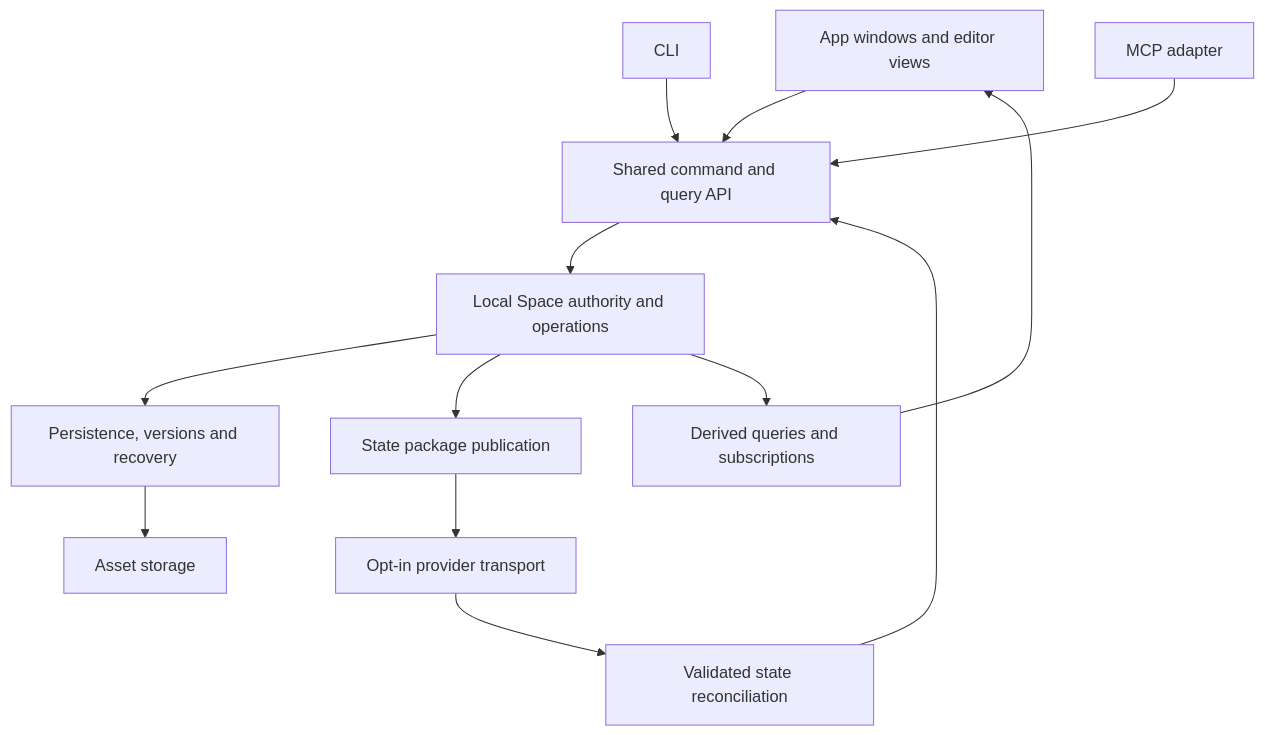
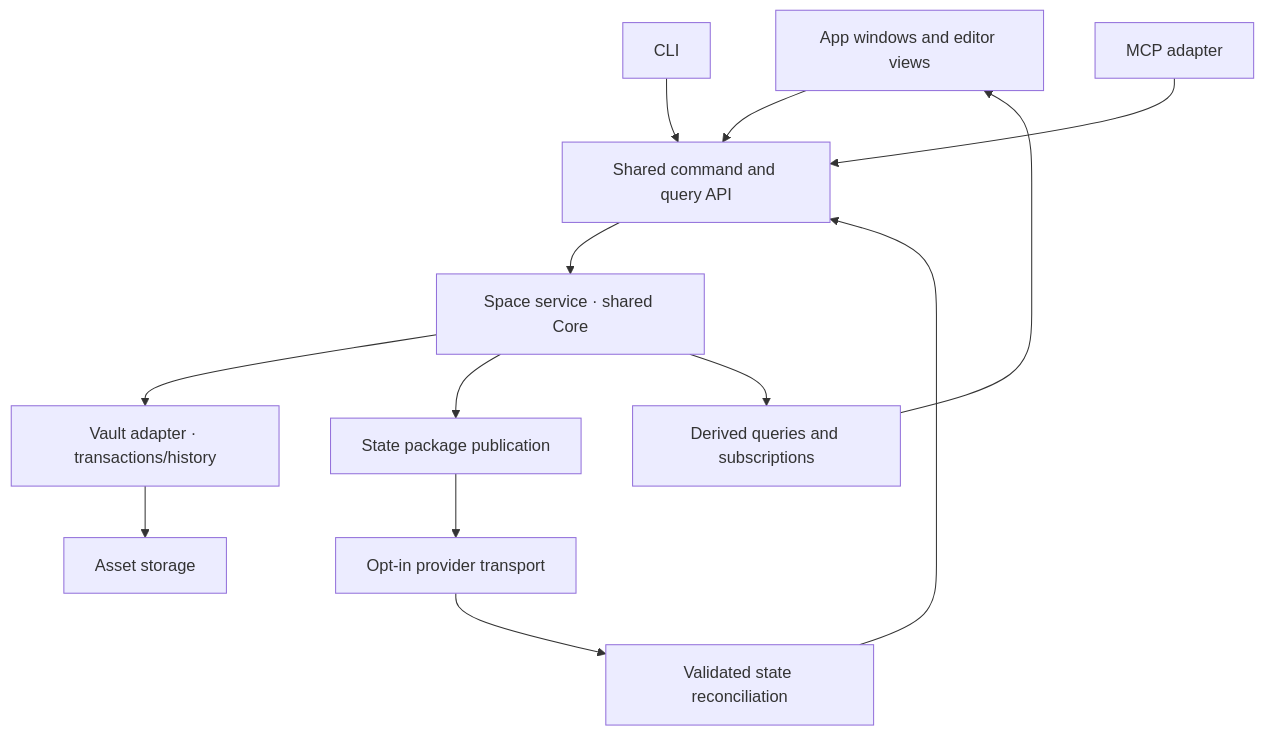
Before and after one commit to vigram-sivakumar/Clutter: the diagram in docs/foundation/system-architecture.md, drawn with Mermaid. The commit also changed other lines of this file and 47 other files, not shown here.

Commit message:
Qualify per-page commits and define Core API implementation entry

````diff
--- a/docs/foundation/system-architecture.md
+++ b/docs/foundation/system-architecture.md
@@ -14,15 +20,15 @@
 ```mermaid
 flowchart TD
   UI["App windows and editor views"] --> API["Shared command and query API"]
   CLI["CLI"] --> API
   MCP["MCP adapter"] --> API
-  API --> Core["Local Space authority and operations"]
-  Core --> Store["Persistence, versions and recovery"]
+  API --> Core["Space service · shared Core"]
+  Core --> Store["Vault adapter · transactions/history"]
   Provider["Opt-in provider transport"] --> Ingest["Validated state reconciliation"]
   Ingest --> API
   Core --> Publish["State package publication"]
   Publish --> Provider
   Store --> Assets["Asset storage"]
   Core --> Read["Derived queries and subscriptions"]
   Read --> UI
 ```
````
